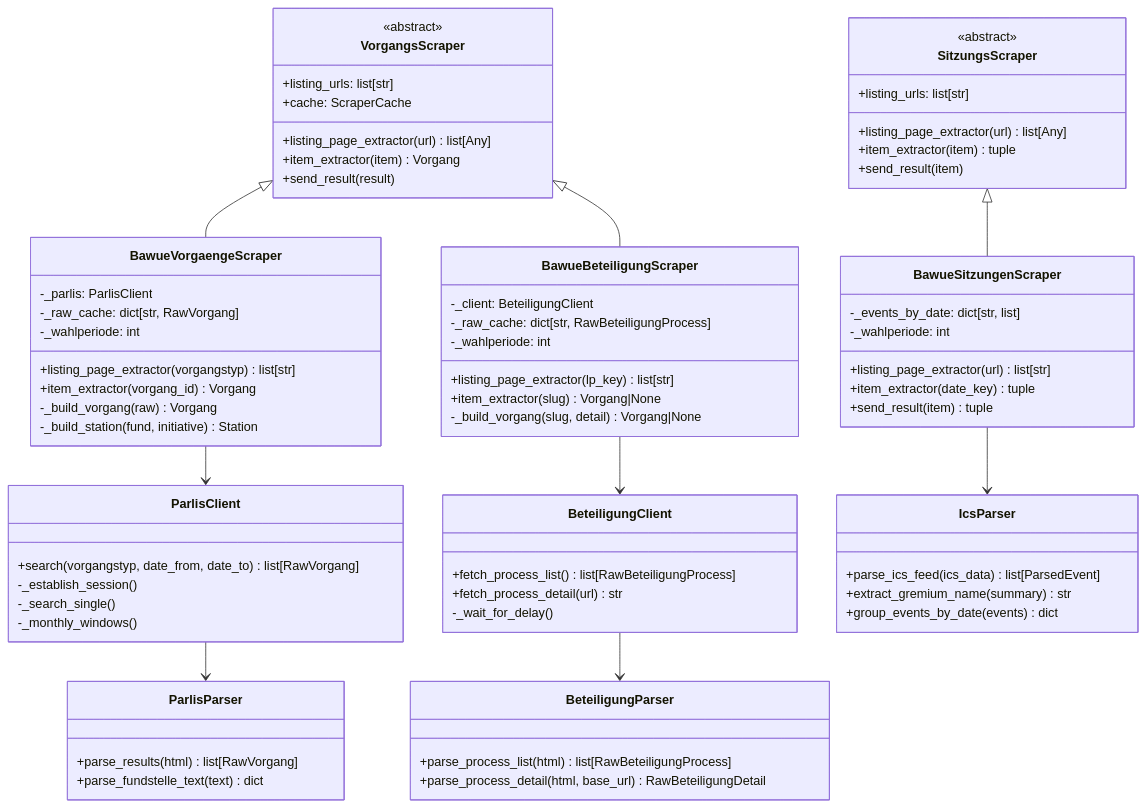
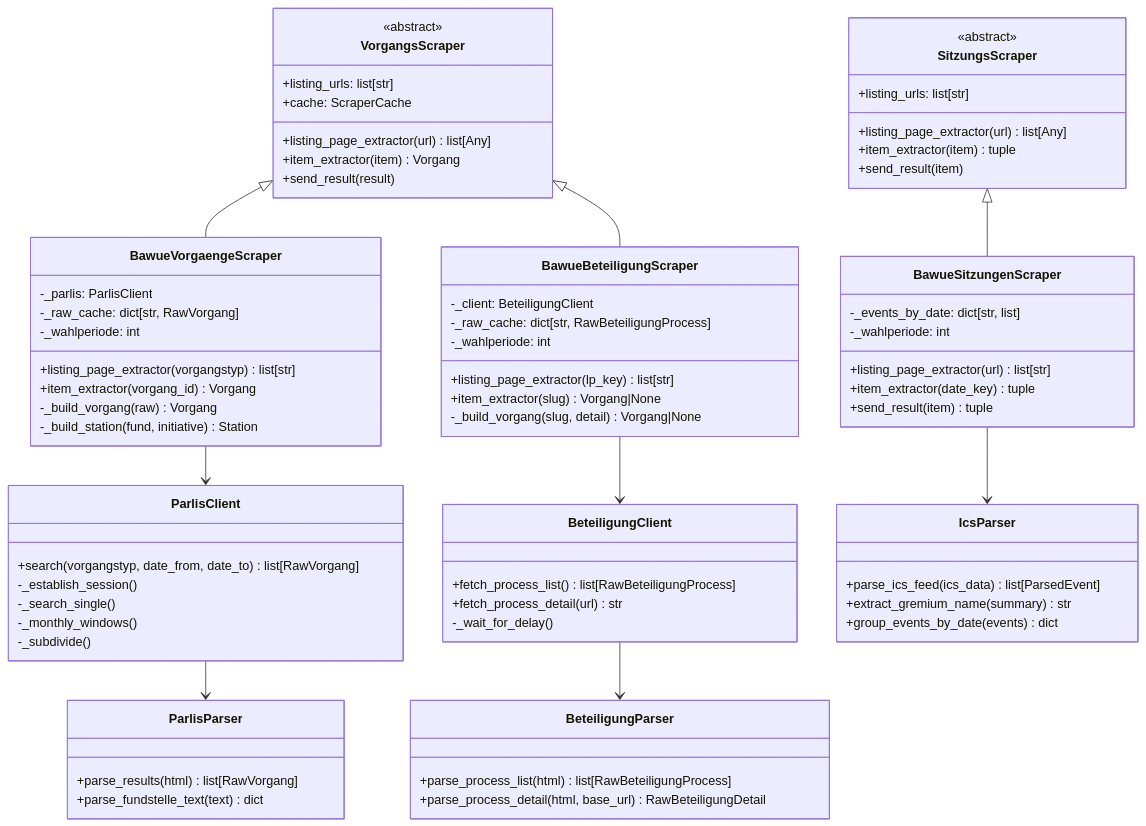
Before and after one commit to Parlamentszusammenfasser/pazufa-scraper-bw: the second of 3 diagrams in docs/architecture.md, drawn with Mermaid. The commit also changed other lines of this file and 3 other files, not shown here.

```diff
--- a/docs/architecture.md
+++ b/docs/architecture.md
@@ -165,6 +165,7 @@
         -_establish_session()
         -_search_single()
         -_monthly_windows()
+        -_subdivide()
     }
 
     class ParlisParser {
```
